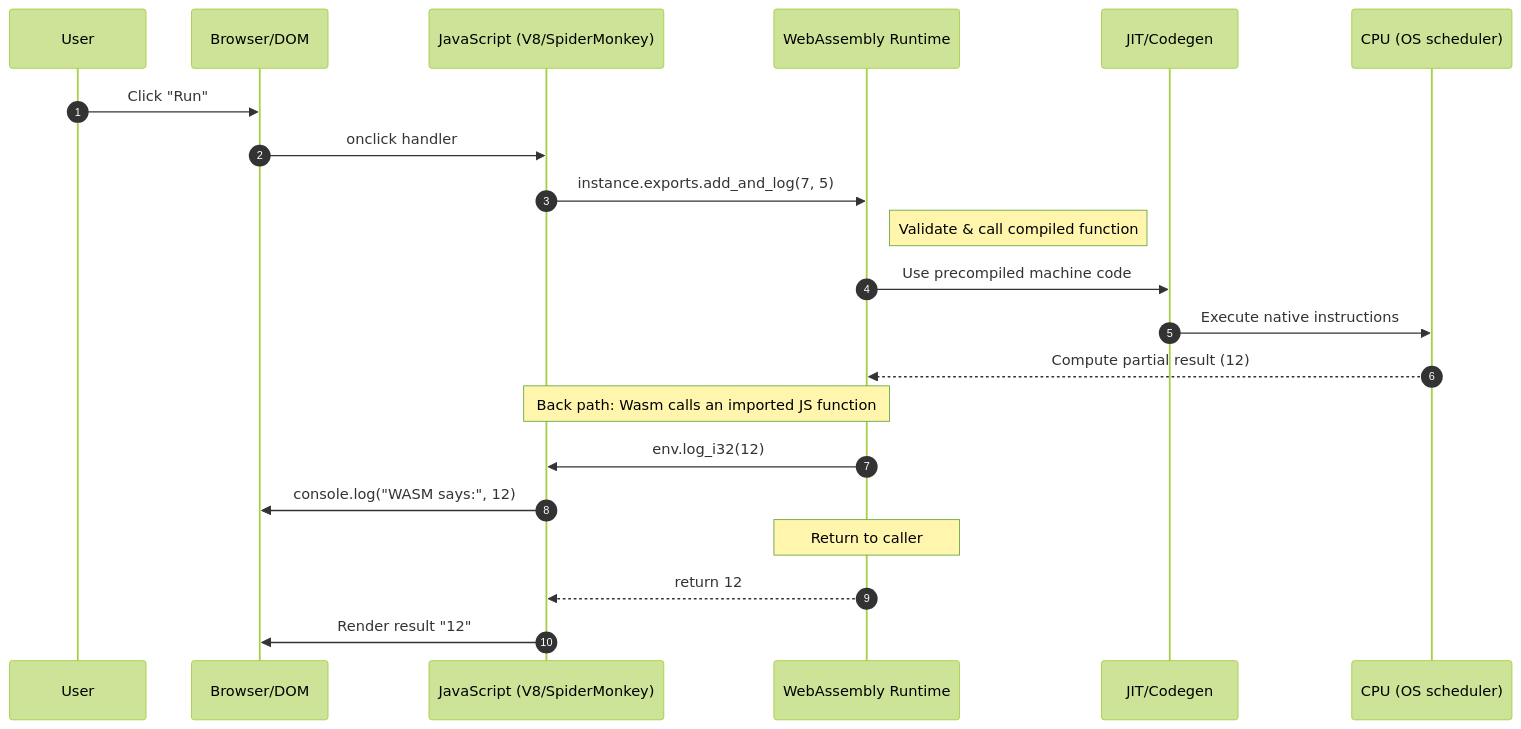
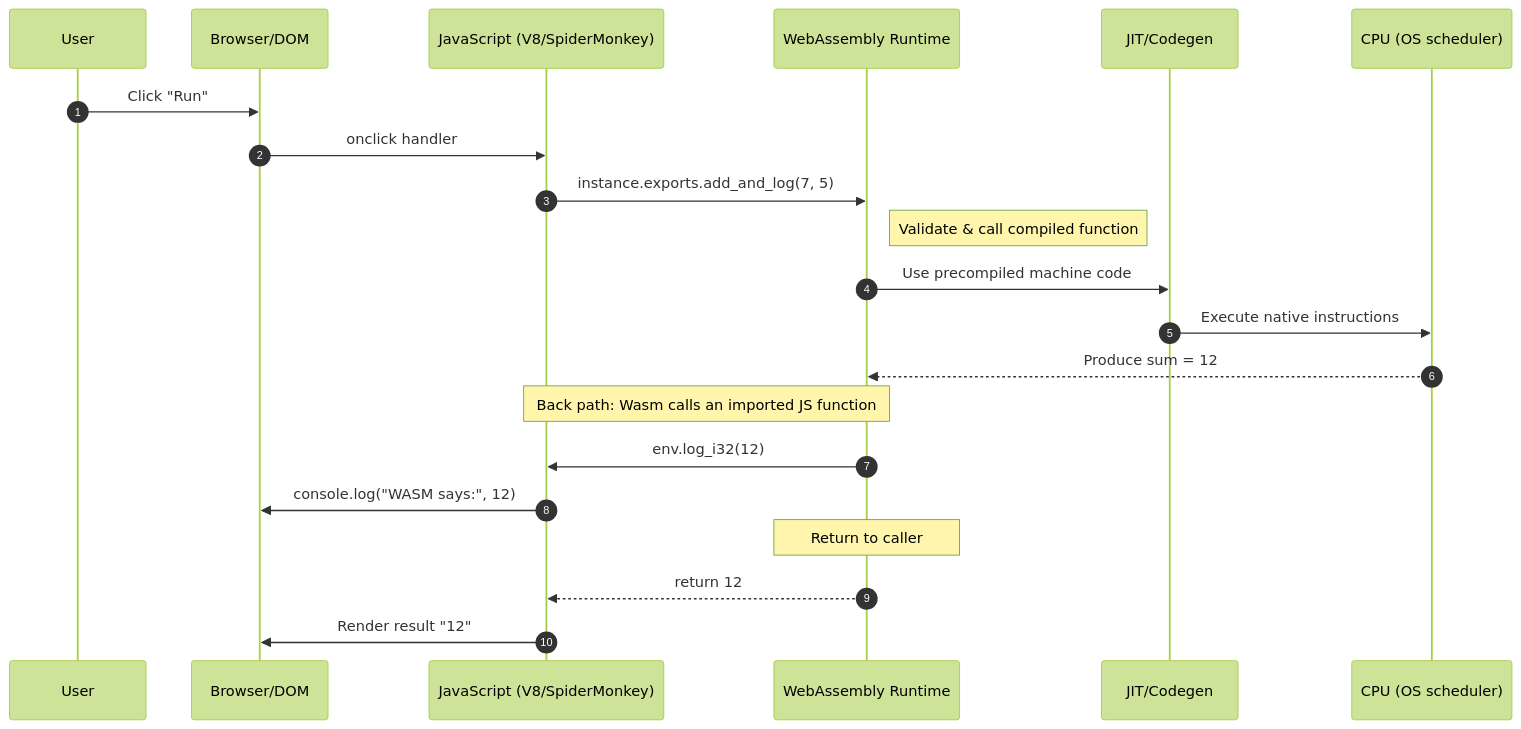
The diagram in round_trip_flow.md (brisacoder/llm-code-on-web-part1), drawn with Mermaid (forest theme) before and after one commit. The commit also changed other lines of this file, not shown here.

````diff
--- a/round_trip_flow.md
+++ b/round_trip_flow.md
@@ -1,26 +3,26 @@
 ```mermaid
 sequenceDiagram
     autonumber
     participant User as User
     participant DOM as Browser/DOM
     participant JS as JavaScript (V8/SpiderMonkey)
     participant Wasm as WebAssembly Runtime
     participant JIT as JIT/Codegen
     participant CPU as CPU (OS scheduler)
 
     User->>DOM: Click "Run"
     DOM->>JS: onclick handler
     JS->>Wasm: instance.exports.add_and_log(7, 5)
     Note right of Wasm: Validate & call compiled function
     Wasm->>JIT: Use precompiled machine code
     JIT->>CPU: Execute native instructions
-    CPU-->>Wasm: Compute partial result (12)
+    CPU-->>Wasm: Produce sum = 12
 
     Note over Wasm,JS: Back path: Wasm calls an imported JS function
     Wasm->>JS: env.log_i32(12)
     JS->>DOM: console.log("WASM says:", 12)
 
     Note over Wasm: Return to caller
     Wasm-->>JS: return 12
     JS->>DOM: Render result "12"
 ```
````
